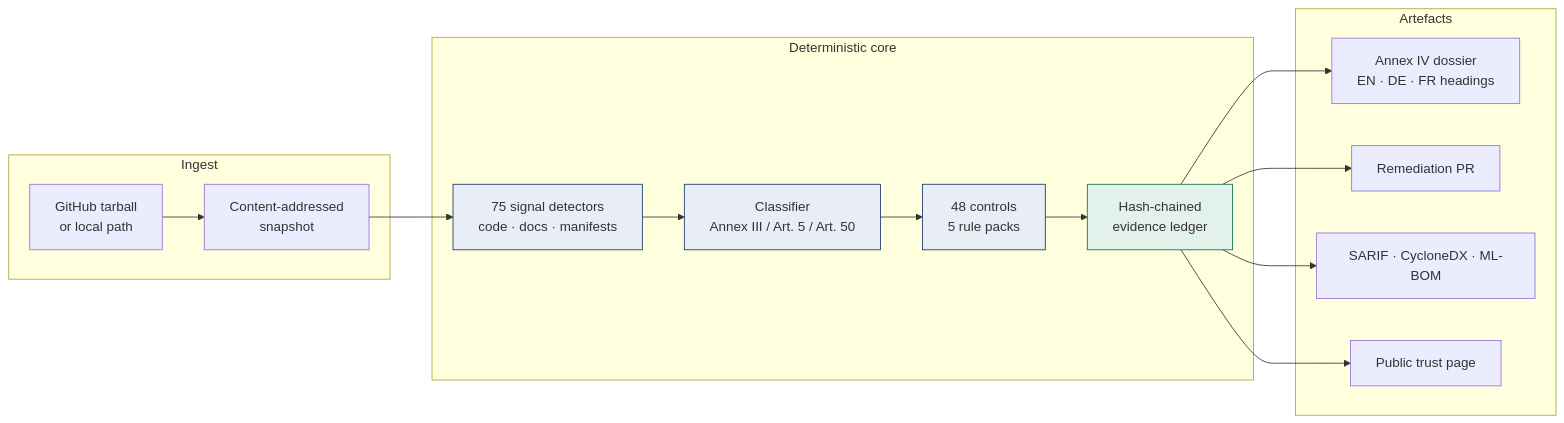
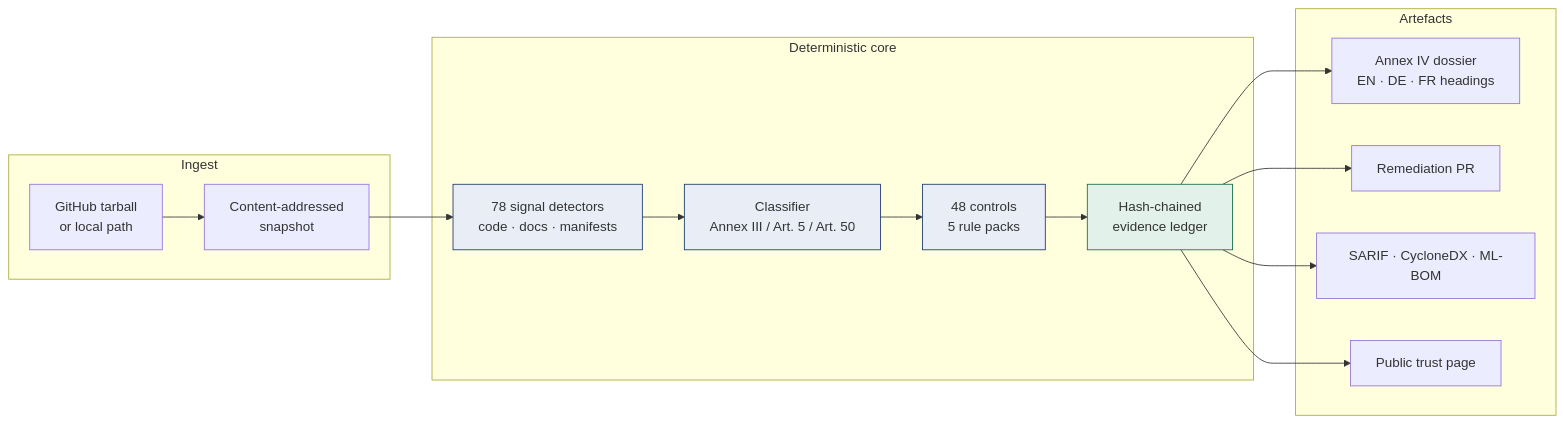
Before and after one commit to shi1720/LexHack: the diagram in README.md, drawn with Mermaid. The commit also changed other lines of this file and 52 other files, not shown here.

````diff
--- a/README.md
+++ b/README.md
@@ -142,22 +142,22 @@
 ```mermaid
 flowchart LR
   subgraph Ingest
     A[GitHub tarball<br/>or local path] --> B[Content-addressed<br/>snapshot]
   end
   subgraph Deterministic core
-    B --> C[75 signal detectors<br/>code · docs · manifests]
+    B --> C[78 signal detectors<br/>code · docs · manifests]
     C --> D[Classifier<br/>Annex III / Art. 5 / Art. 50]
     D --> E[48 controls<br/>5 rule packs]
     E --> F[Hash-chained<br/>evidence ledger]
   end
   subgraph Artefacts
     F --> G[Annex IV dossier<br/>EN · DE · FR headings]
     F --> H[Remediation PR]
     F --> I[SARIF · CycloneDX · ML-BOM]
     F --> J[Public trust page]
   end
   style C fill:#e8edf6,stroke:#17356b
   style D fill:#e8edf6,stroke:#17356b
   style E fill:#e8edf6,stroke:#17356b
   style F fill:#e2f2ea,stroke:#0f6b45
 ```
````
